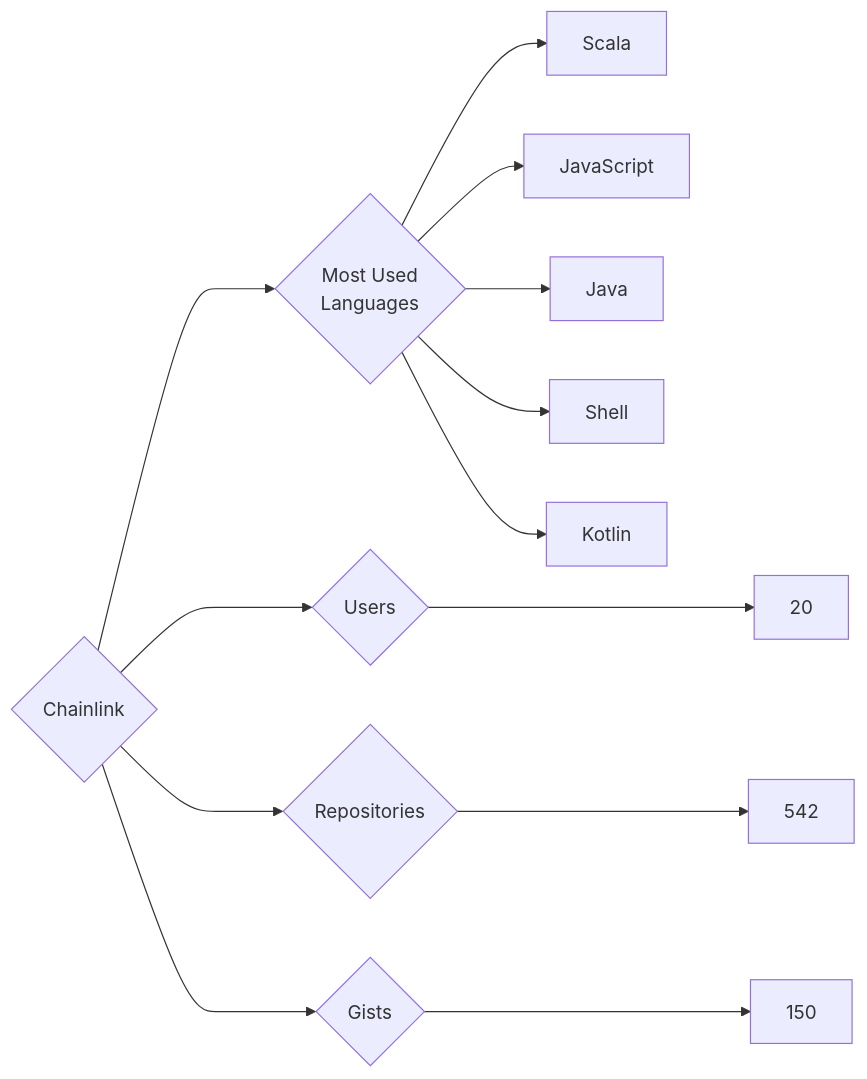
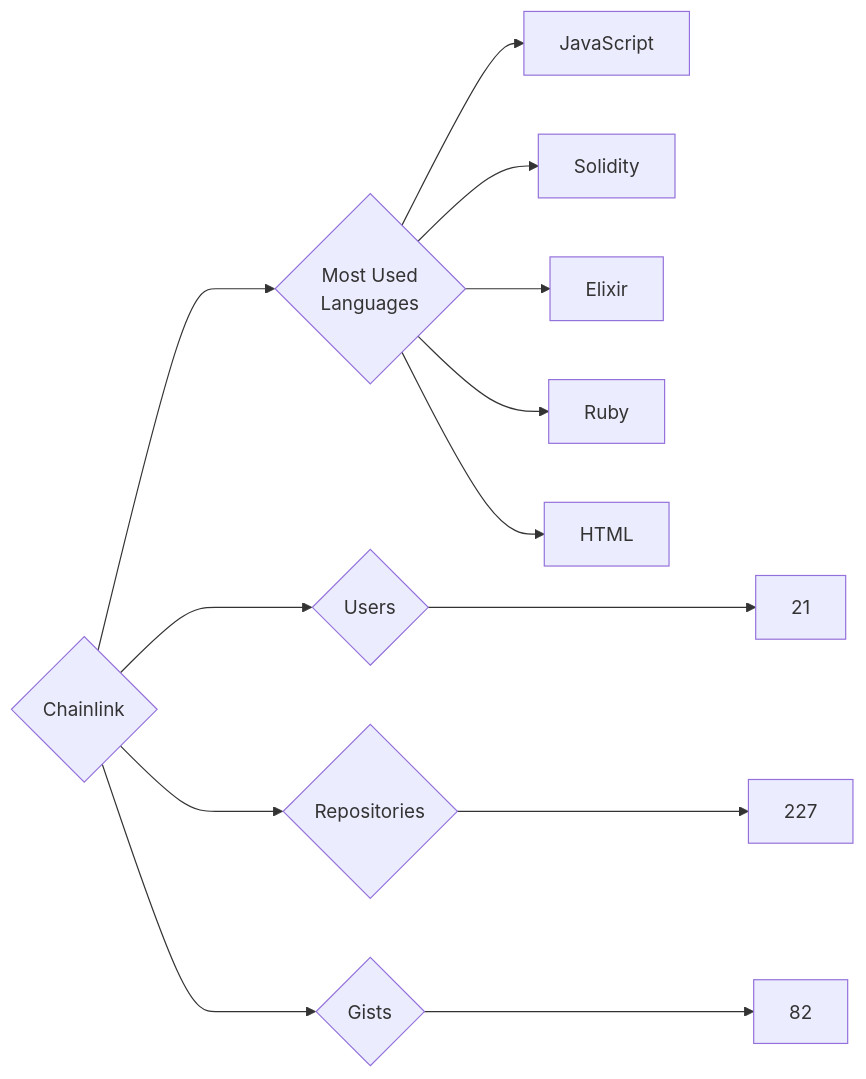
One commit to trickest/insiders changed the diagram in targets/Chainlink/README.md. Above: the diagram before and after it, drawn with Mermaid. The commit also changed 750 other files, not shown here.

````diff
--- a/targets/Chainlink/README.md
+++ b/targets/Chainlink/README.md
@@ -3,13 +3,13 @@
 ```mermaid
 graph LR
 COMPANY_NAME{Chainlink}
-COMPANY_NAME ---> U{Users} ---> UN[20]
-COMPANY_NAME ---> R{Repositories} ---> RN[542]
-COMPANY_NAME ---> G{Gists} ---> GN[150]
+COMPANY_NAME ---> U{Users} ---> UN[21]
+COMPANY_NAME ---> R{Repositories} ---> RN[227]
+COMPANY_NAME ---> G{Gists} ---> GN[82]
 COMPANY_NAME ---> ML{Most Used<br>Languages}
-ML --> Scala[Scala]
 ML --> JavaScript[JavaScript]
-ML --> Java[Java]
-ML --> Shell[Shell]
-ML --> Kotlin[Kotlin]
+ML --> Solidity[Solidity]
+ML --> Elixir[Elixir]
+ML --> Ruby[Ruby]
+ML --> HTML[HTML]
 ```
````
